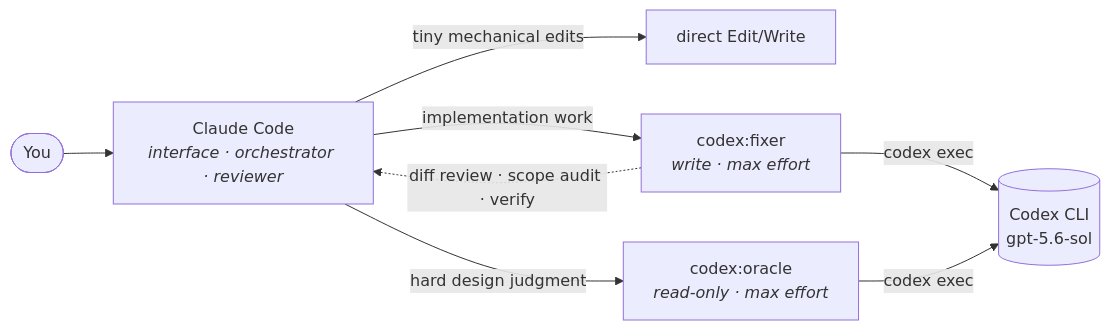
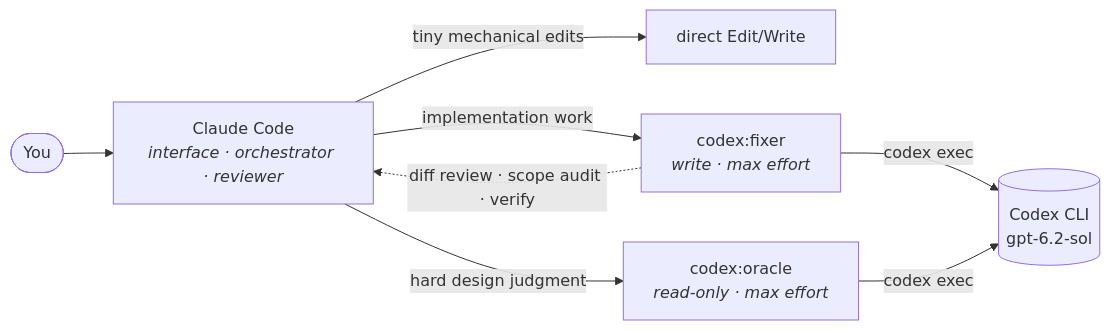
The diagram in README.md (foxytanuki/cccodex), drawn with Mermaid before and after one commit. The commit also changed other lines of this file and 5 other files, not shown here.

Commit message:
Update Codex delegation default to GPT-6.2 Sol

````diff
--- a/README.md
+++ b/README.md
@@ -27,9 +27,9 @@
 ```mermaid
 flowchart LR
     U([You]) --> CC[Claude Code<br/><i>interface · orchestrator · reviewer</i>]
     CC -- "tiny mechanical edits" --> direct[direct Edit/Write]
     CC -- "implementation work" --> F[codex:fixer<br/><i>write · max effort</i>]
     CC -- "hard design judgment" --> O[codex:oracle<br/><i>read-only · max effort</i>]
-    F & O -- "codex exec" --> X[(Codex CLI<br/>gpt-5.6-sol)]
+    F & O -- "codex exec" --> X[(Codex CLI<br/>gpt-6.2-sol)]
     F -. "diff review · scope audit · verify" .-> CC
 ```
````
